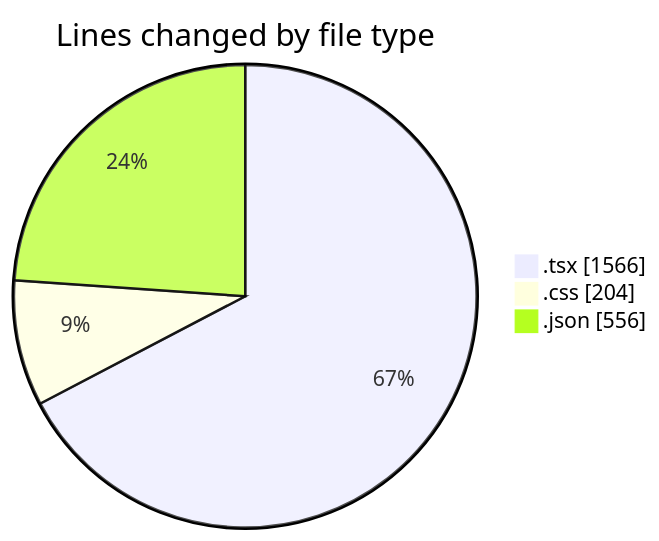
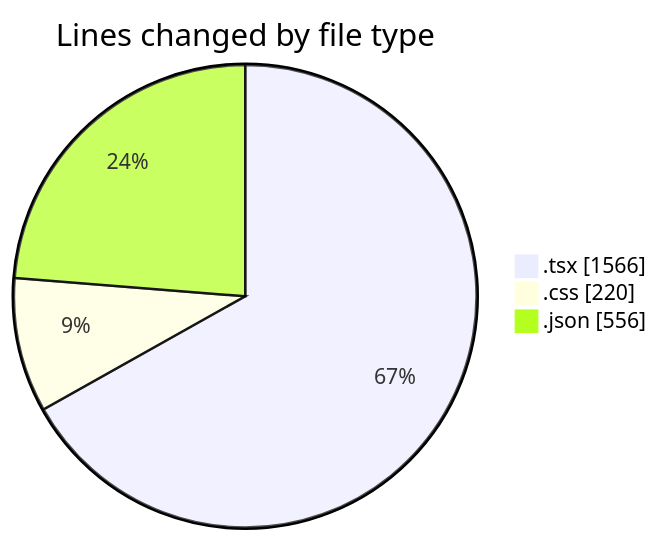
Before and after one commit to EIIisD/code-tracking: the first of 2 diagrams in 2025-08-04/tw-server/README.md, drawn with Mermaid. The commit also changed other lines of this file and 1 other file, not shown here.

````diff
--- a/2025-08-04/tw-server/README.md
+++ b/2025-08-04/tw-server/README.md
@@ -28,7 +28,7 @@
 ```mermaid
 pie showData
 title Lines changed by file type
 ".tsx" : 1566
-".css" : 204
+".css" : 220
 ".json" : 556
 ```
````
